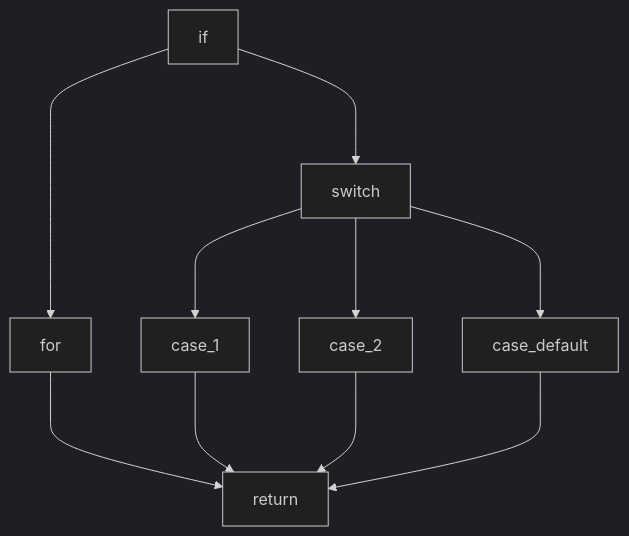
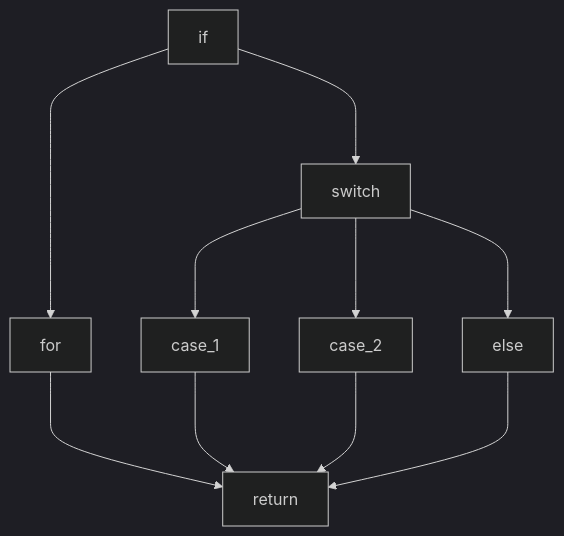
One commit to sanggggg/me-src changed the diagram in blog/code-complexity-modeling/cyclomatic-complexity.mdx. Above: the diagram before and after it, drawn with Mermaid (dark theme).

Commit message:
fix mermaid error

````diff
--- a/blog/code-complexity-modeling/cyclomatic-complexity.mdx
+++ b/blog/code-complexity-modeling/cyclomatic-complexity.mdx
@@ -77,9 +77,9 @@
 ```mermaid
 graph TD;
 
 if ---> for ---> return
 if ---> switch
 switch ---> case_1 ---> return
 switch ---> case_2 ---> return
-switch ---> case_default ---> return
+switch ---> else ---> return
 ```
````
